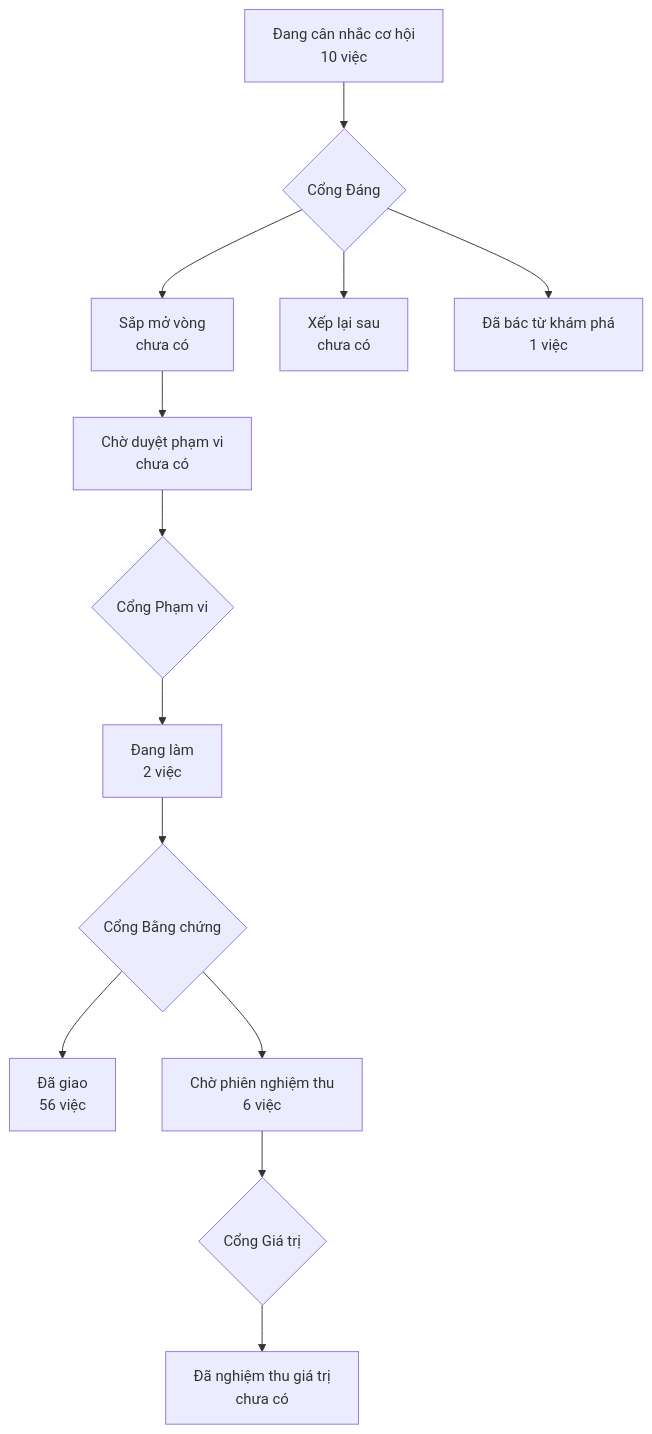
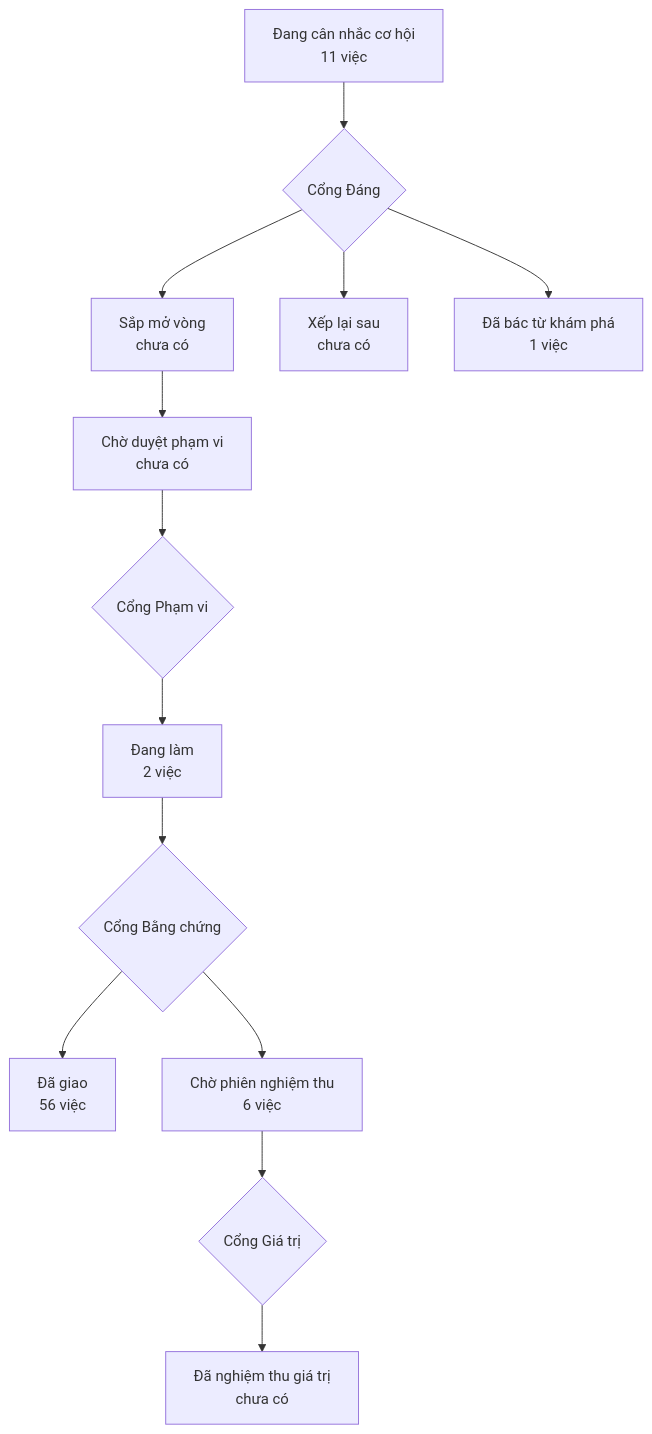
Before and after one commit to phanlemanh/acceptance-gate-kit: the diagram in PRODUCT-MAP.md, drawn with Mermaid.

Commit message:
chore(map): dựng lại bản đồ xưởng sau khi gộp main

````diff
--- a/PRODUCT-MAP.md
+++ b/PRODUCT-MAP.md
@@ -6,12 +6,12 @@
 ```mermaid
 flowchart TD
-  A["Đang cân nhắc cơ hội<br/>10 việc"] --> GD{"Cổng Đáng"}
+  A["Đang cân nhắc cơ hội<br/>11 việc"] --> GD{"Cổng Đáng"}
   GD --> B["Sắp mở vòng<br/>chưa có"]
   GD --> XL["Xếp lại sau<br/>chưa có"]
   GD --> DB["Đã bác từ khám phá<br/>1 việc"]
   B --> CD["Chờ duyệt phạm vi<br/>chưa có"] --> GP{"Cổng Phạm vi"}
   GP --> DL["Đang làm<br/>2 việc"] --> GB{"Cổng Bằng chứng"}
   GB --> DG["Đã giao<br/>56 việc"]
   GB --> CN["Chờ phiên nghiệm thu<br/>6 việc"] --> GG{"Cổng Giá trị"}
   GG --> NT["Đã nghiệm thu giá trị<br/>chưa có"]
 ```
````
